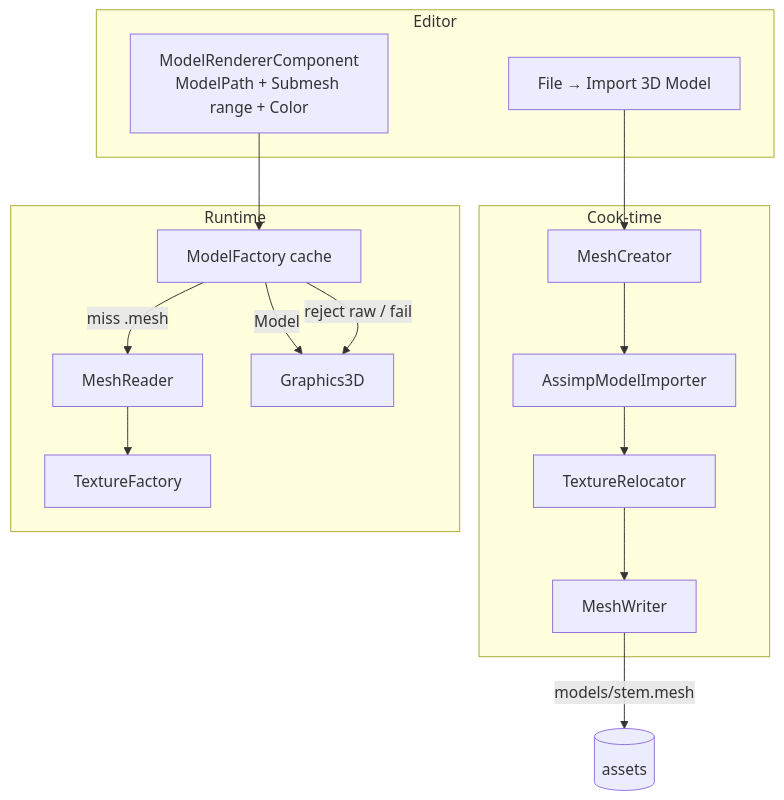
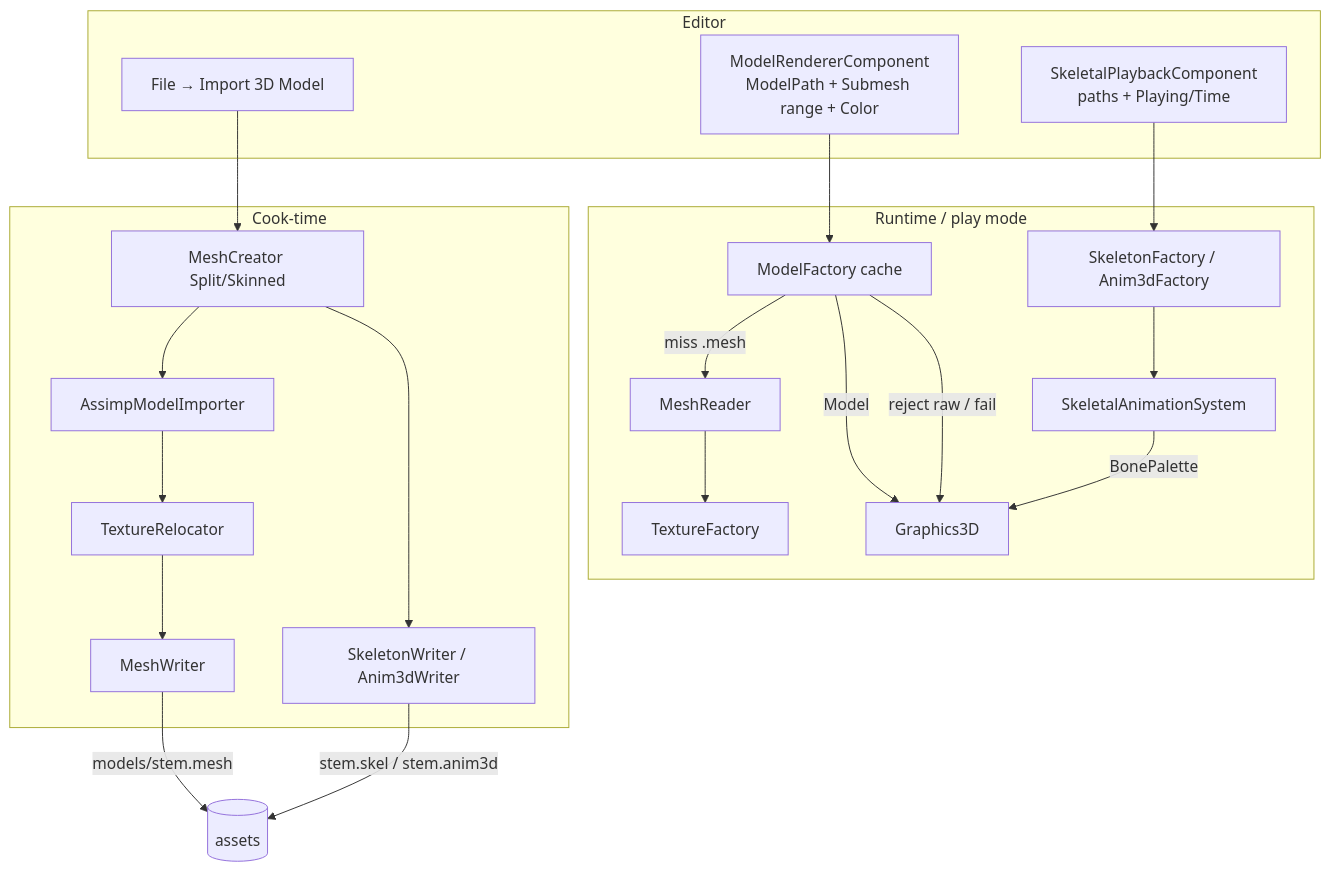
The first of 2 diagrams in docs/specs/3d-model-loading/developer-guide.md (kateusz/GameEngine), drawn with Mermaid before and after one commit. The commit also changed other lines of this file and 81 other files, not shown here.

Commit message:
Skeleton animation v1

````diff
--- a/docs/specs/3d-model-loading/developer-guide.md
+++ b/docs/specs/3d-model-loading/developer-guide.md
@@ -121,32 +159,41 @@
 ```mermaid
 flowchart TB
   subgraph editor [Editor]
     IMP[File → Import 3D Model]
     MRC[ModelRendererComponent<br/>ModelPath + Submesh range + Color]
+    SPB[SkeletalPlaybackComponent<br/>paths + Playing/Time]
   end
 
   subgraph cook [Cook-time]
-    MB[MeshCreator]
+    MB[MeshCreator Split/Skinned]
     AI[AssimpModelImporter]
     TR[TextureRelocator]
     MW[MeshWriter]
+    SW[SkeletonWriter / Anim3dWriter]
   end
 
-  subgraph runtime [Runtime]
+  subgraph runtime [Runtime / play mode]
     MF[ModelFactory cache]
+    SF[SkeletonFactory / Anim3dFactory]
     MR[MeshReader]
     TF[TextureFactory]
+    SAS[SkeletalAnimationSystem]
     G3D[Graphics3D]
   end
 
   IMP --> MB
   MB --> AI
   AI --> TR
   TR --> MW
+  MB --> SW
   MW -->|models/stem.mesh| Disk[(assets)]
+  SW -->|stem.skel / stem.anim3d| Disk
   MRC --> MF
+  SPB --> SF
+  SF --> SAS
+  SAS -->|BonePalette| G3D
   MF -->|miss .mesh| MR
   MR --> TF
   MF -->|Model| G3D
   MF -->|reject raw / fail| G3D
 ```
````
